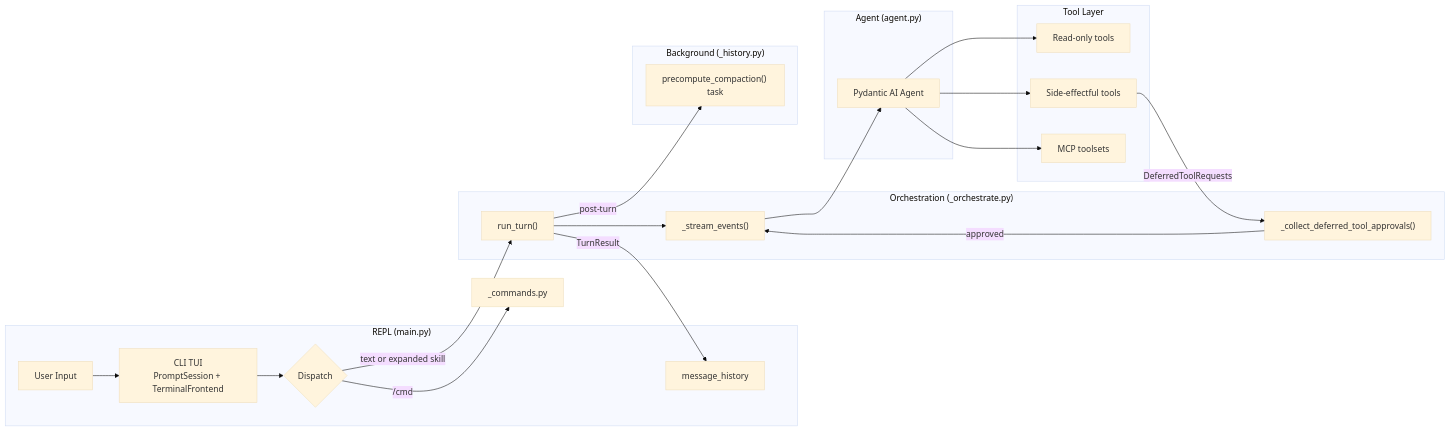
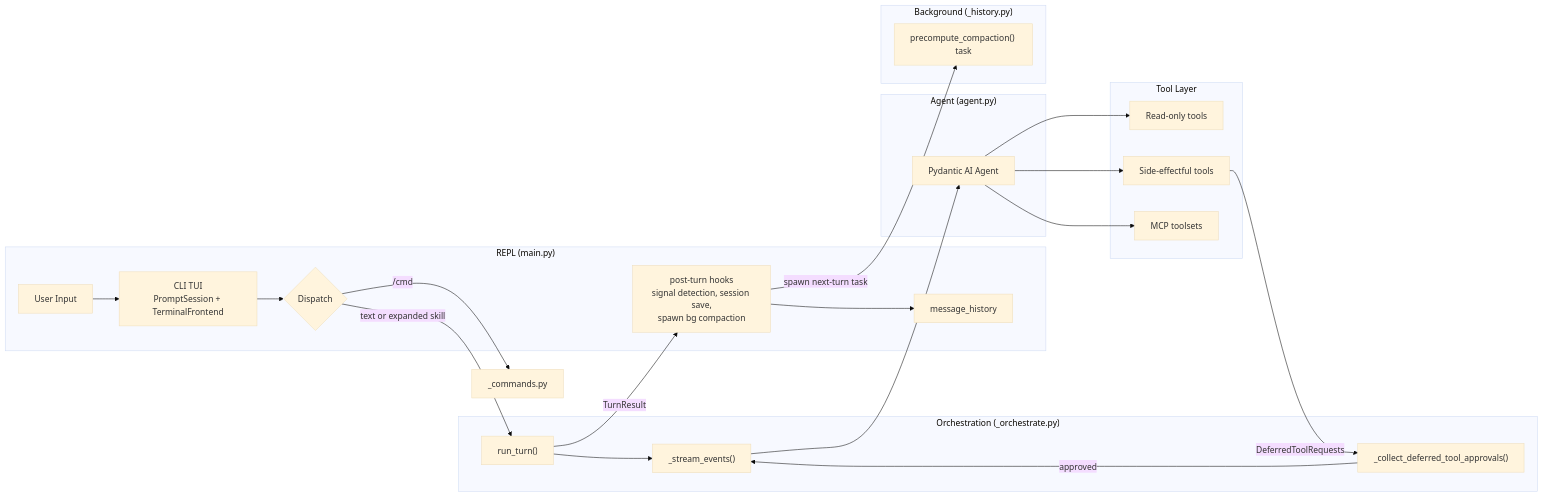
The first of 3 diagrams in docs/DESIGN-core-loop.md (binlecode/co-cli), drawn with Mermaid (base theme) before and after one commit. The commit also changed other lines of this file and 68 other files, not shown here.

````diff
--- a/docs/DESIGN-core-loop.md
+++ b/docs/DESIGN-core-loop.md
@@ -15,43 +15,45 @@
 ```mermaid
 graph LR
     subgraph REPL ["REPL (main.py)"]
         Input[User Input]
         CliTui[CLI TUI<br/>PromptSession + TerminalFrontend]
         Dispatch{Dispatch}
         History[message_history]
+        PostTurn["post-turn hooks<br/>signal detection, session save,<br/>spawn bg compaction"]
     end
 
     subgraph Orchestration ["Orchestration (_orchestrate.py)"]
         RunTurn["run_turn()"]
         Stream["_stream_events()"]
         Approve["_collect_deferred_tool_approvals()"]
     end
 
     subgraph Agent ["Agent (agent.py)"]
         PydanticAgent[Pydantic AI Agent]
     end
 
     subgraph Background ["Background (_history.py)"]
         Precompact["precompute_compaction() task"]
     end
 
     subgraph Tools ["Tool Layer"]
         ReadOnly[Read-only tools]
         SideEffect[Side-effectful tools]
         MCP[MCP toolsets]
     end
 
     Input --> CliTui
     CliTui --> Dispatch
     Dispatch -->|text or expanded skill| RunTurn
     Dispatch -->|/cmd| SlashCmd[_commands.py]
-    RunTurn -->|post-turn| Precompact
+    RunTurn -->|TurnResult| PostTurn
+    PostTurn -->|spawn next-turn task| Precompact
     RunTurn --> Stream
     Stream --> PydanticAgent
     PydanticAgent --> ReadOnly
     PydanticAgent --> SideEffect
     PydanticAgent --> MCP
     SideEffect -->|DeferredToolRequests| Approve
     Approve -->|approved| Stream
-    RunTurn -->|TurnResult| History
+    PostTurn --> History
 ```
````
